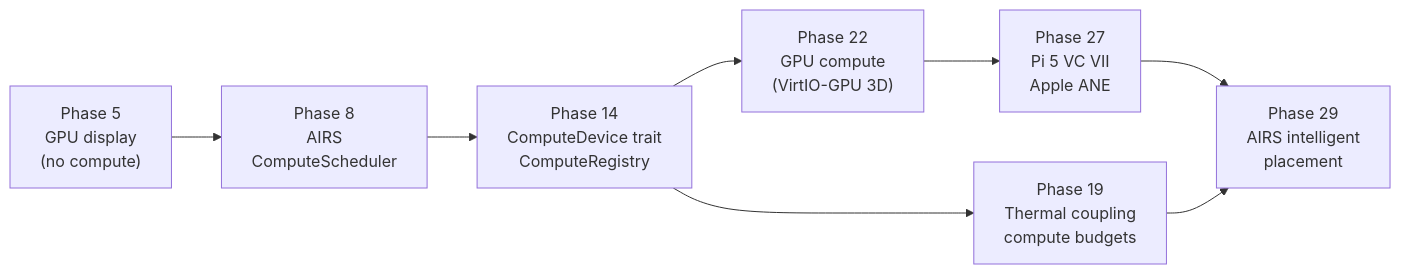
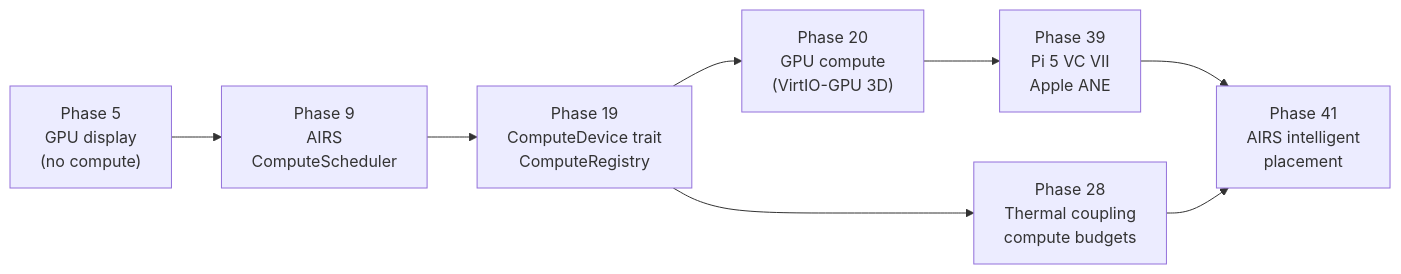
The third of 3 diagrams in docs/kernel/compute.md (juslee/aios), drawn with Mermaid before and after one commit. The commit also changed other lines of this file and 94 other files, not shown here.

````diff
--- a/docs/kernel/compute.md
+++ b/docs/kernel/compute.md
@@ -121,17 +121,17 @@
 ```mermaid
 flowchart LR
     P5["Phase 5\nGPU display\n(no compute)"]
-    P8["Phase 8\nAIRS\nComputeScheduler"]
-    P14["Phase 14\nComputeDevice trait\nComputeRegistry"]
-    P19["Phase 19\nThermal coupling\ncompute budgets"]
-    P22["Phase 22\nGPU compute\n(VirtIO-GPU 3D)"]
-    P27["Phase 27\nPi 5 VC VII\nApple ANE"]
-    P29["Phase 29\nAIRS intelligent\nplacement"]
+    P9["Phase 9\nAIRS\nComputeScheduler"]
+    P19["Phase 19\nComputeDevice trait\nComputeRegistry"]
+    P28["Phase 28\nThermal coupling\ncompute budgets"]
+    P20["Phase 20\nGPU compute\n(VirtIO-GPU 3D)"]
+    P39["Phase 39\nPi 5 VC VII\nApple ANE"]
+    P41["Phase 41\nAIRS intelligent\nplacement"]
 
-    P5 --> P8 --> P14
-    P14 --> P19
-    P14 --> P22
-    P22 --> P27
-    P27 --> P29
-    P19 --> P29
+    P5 --> P9 --> P19
+    P19 --> P28
+    P19 --> P20
+    P20 --> P39
+    P39 --> P41
+    P28 --> P41
 ```
````
